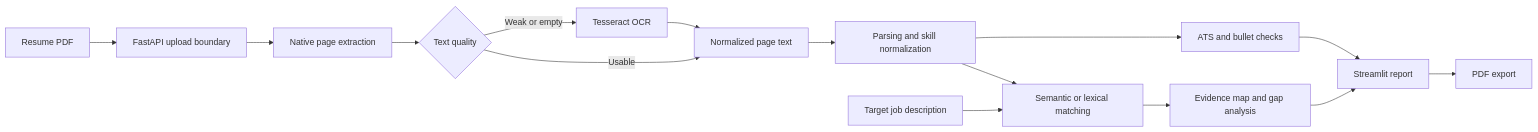
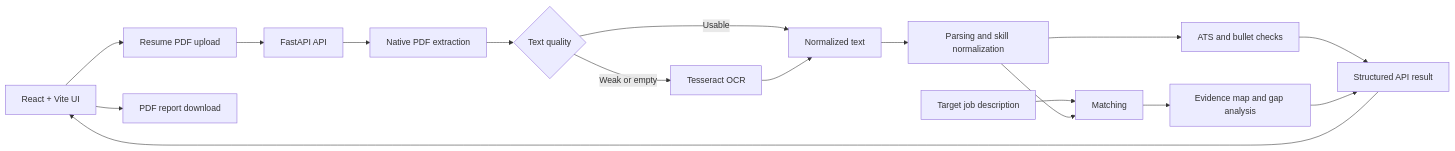
One commit to rammohanrediee/AI-Resume-Analyzer changed the first of 2 diagrams in README.md. Above: the diagram before and after it, drawn with Mermaid. The commit also changed other lines of this file, not shown here.

Commit message:
docs: update README for React frontend structure

````diff
--- a/README.md
+++ b/README.md
@@ -73,17 +71,19 @@
 ```mermaid
 flowchart LR
-    A[Resume PDF] --> API[FastAPI upload boundary]
-    API --> B[Native page extraction]
-    B --> C{Text quality}
-    C -->|Usable| D[Normalized page text]
-    C -->|Weak or empty| E[Tesseract OCR]
-    E --> D
-    D --> F[Parsing and skill normalization]
-    G[Target job description] --> H[Semantic or lexical matching]
-    F --> H
-    F --> I[ATS and bullet checks]
-    H --> J[Evidence map and gap analysis]
-    I --> K[Streamlit report]
-    J --> K
-    K --> L[PDF export]
+    A[React + Vite UI] --> B[Resume PDF upload]
+    B --> API[FastAPI API]
+    API --> C[Native PDF extraction]
+    C --> D{Text quality}
+    D -->|Usable| E[Normalized text]
+    D -->|Weak or empty| F[Tesseract OCR]
+    F --> E
+    E --> G[Parsing and skill normalization]
+    H[Target job description] --> I[Matching]
+    G --> I
+    G --> J[ATS and bullet checks]
+    I --> K[Evidence map and gap analysis]
+    J --> L[Structured API result]
+    K --> L
+    L --> A
+    A --> M[PDF report download]
 ```
````
